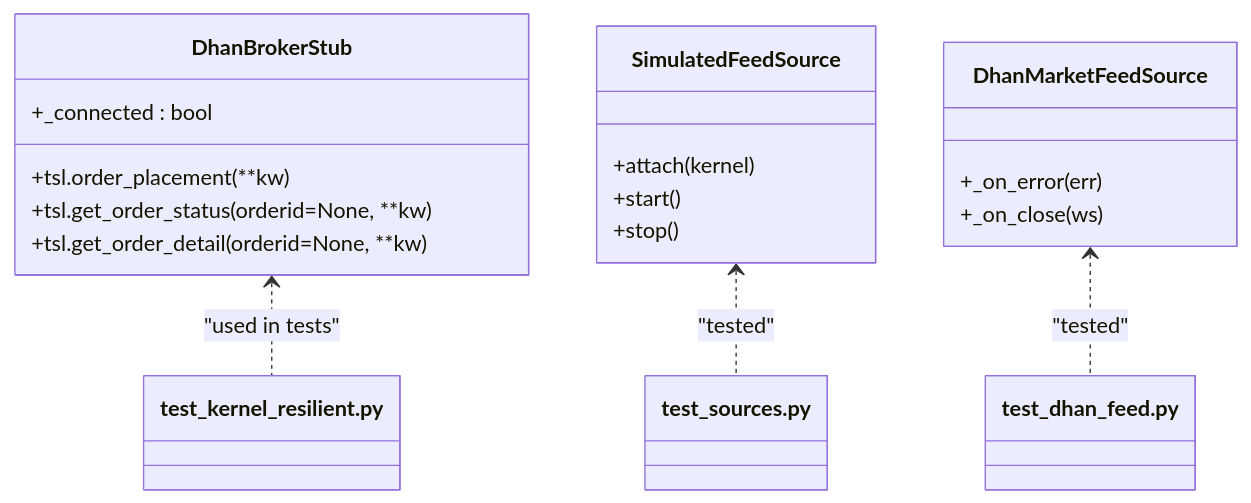
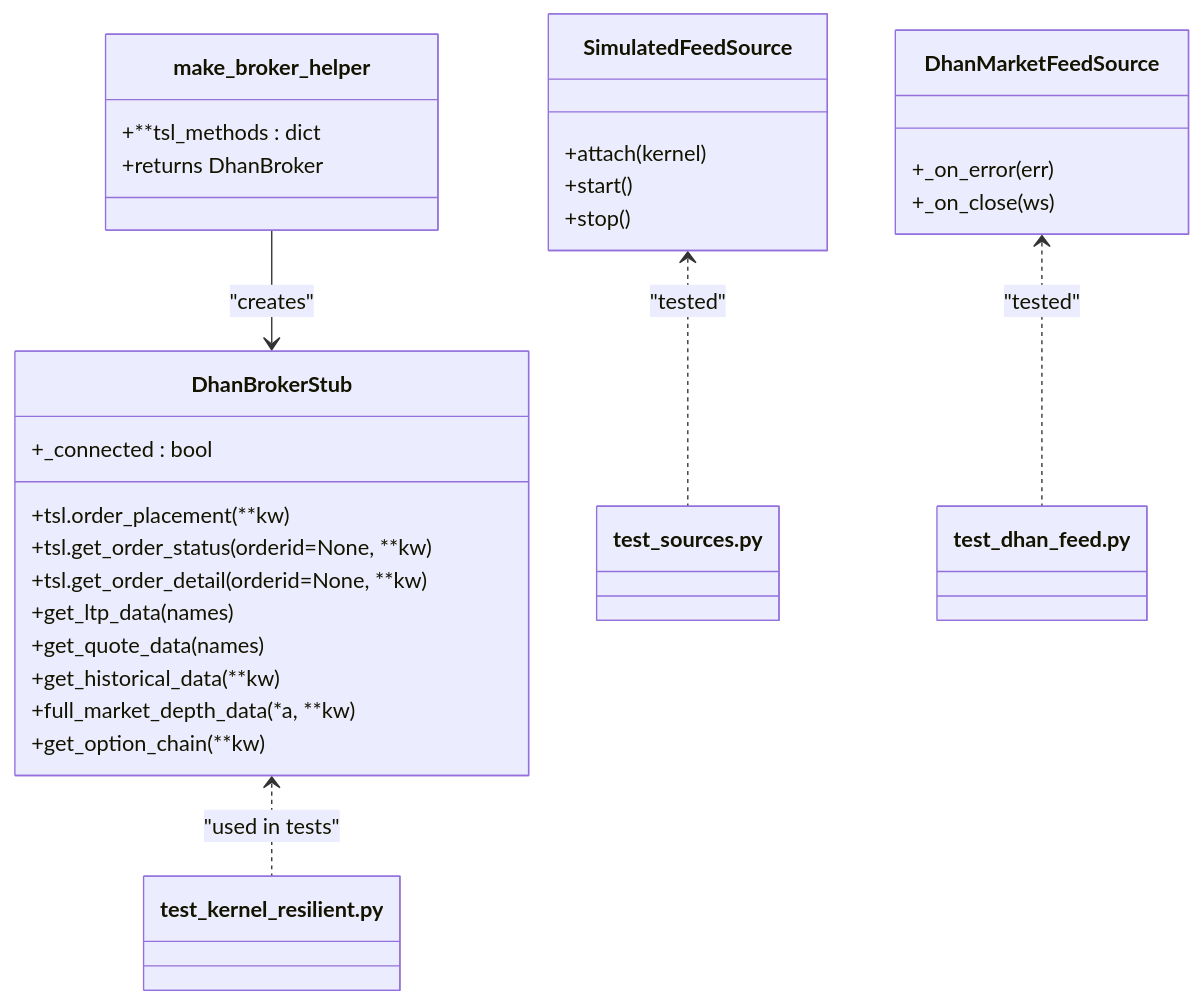
Before and after one commit to Ganesh-Kusundal/nTrade: diagram 12 of 17 in .qoder/repowiki/en/content/Examples & Tutorials/Testing & Integration Examples/Unit Testing Examples.md, drawn with Mermaid. The commit also changed other lines of this file and 203 other files, not shown here.

First line of the commit message:
review findings sweep: depth retry, LTP failure guard, stale-refresh fix, rate-gate blocked heuristic

````diff
--- a/.qoder/repowiki/en/content/Examples & Tutorials/Testing & Integration Examples/Unit Testing Examples.md
+++ b/.qoder/repowiki/en/content/Examples & Tutorials/Testing & Integration Examples/Unit Testing Examples.md
@@ -491,21 +519,31 @@
 ```mermaid
 classDiagram
 class DhanBrokerStub {
 +_connected : bool
 +tsl.order_placement(**kw)
 +tsl.get_order_status(orderid=None, **kw)
 +tsl.get_order_detail(orderid=None, **kw)
++get_ltp_data(names)
++get_quote_data(names)
++get_historical_data(**kw)
++full_market_depth_data(*a, **kw)
++get_option_chain(**kw)
+}
+class make_broker_helper {
++**tsl_methods : dict
++returns DhanBroker
 }
 class SimulatedFeedSource {
 +attach(kernel)
 +start()
 +stop()
 }
 class DhanMarketFeedSource {
 +_on_error(err)
 +_on_close(ws)
 }
+make_broker_helper --> DhanBrokerStub : "creates"
 DhanBrokerStub <.. test_kernel_resilient.py : "used in tests"
 SimulatedFeedSource <.. test_sources.py : "tested"
 DhanMarketFeedSource <.. test_dhan_feed.py : "tested"
 ```
````
